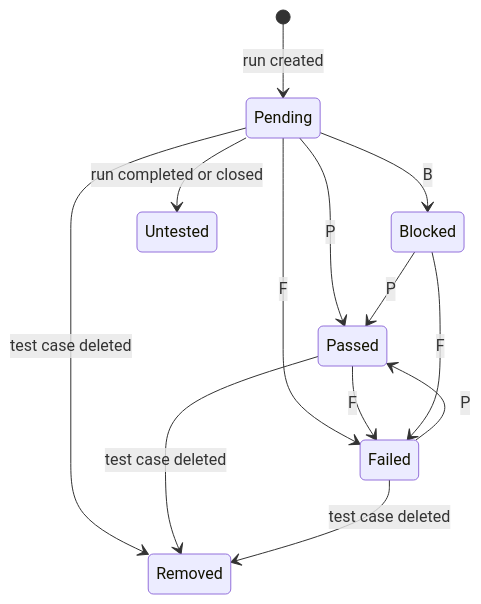
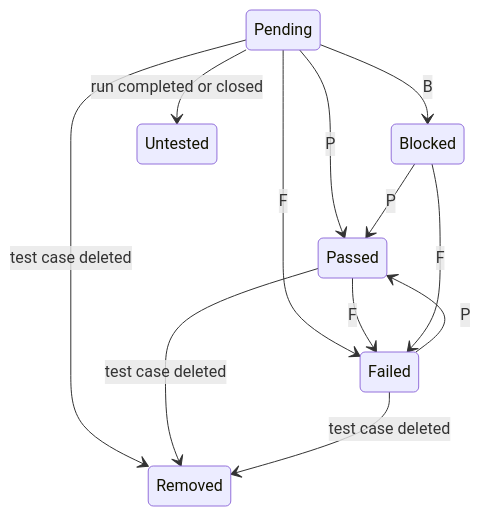
The first of 2 diagrams in docs/product.md (mtb550/test-in), drawn with Mermaid before and after one commit. The commit also changed other lines of this file and 110 other files, not shown here.

````diff
--- a/docs/product.md
+++ b/docs/product.md
@@ -237,15 +237,14 @@
 ```mermaid
 stateDiagram-v2
-    [*] --> Pending: run created
     Pending --> Passed: P
     Pending --> Failed: F
     Pending --> Blocked: B
     Passed --> Failed: F
     Failed --> Passed: P
     Blocked --> Passed: P
     Blocked --> Failed: F
     Pending --> Untested: run completed or closed
     Pending --> Removed: test case deleted
     Passed --> Removed: test case deleted
     Failed --> Removed: test case deleted
 ```
````
